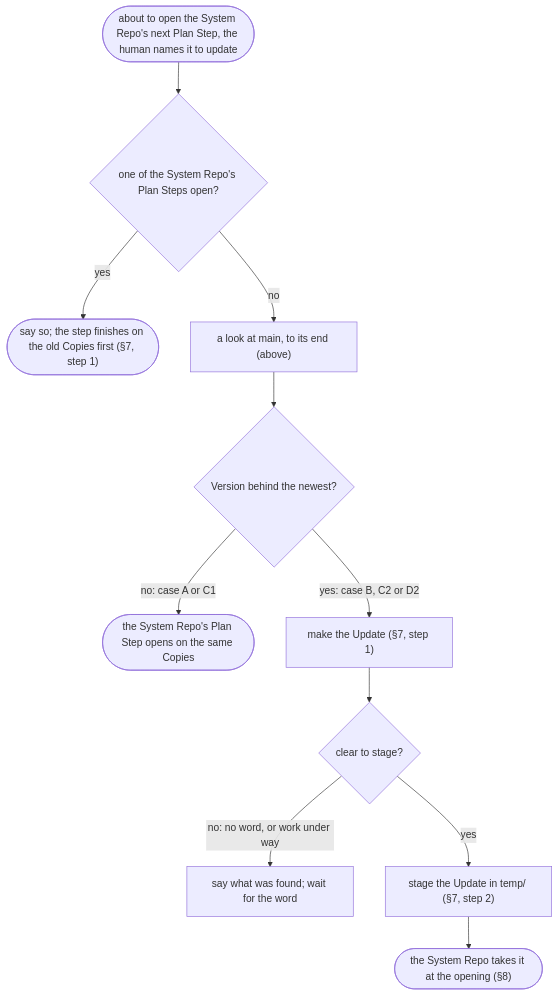
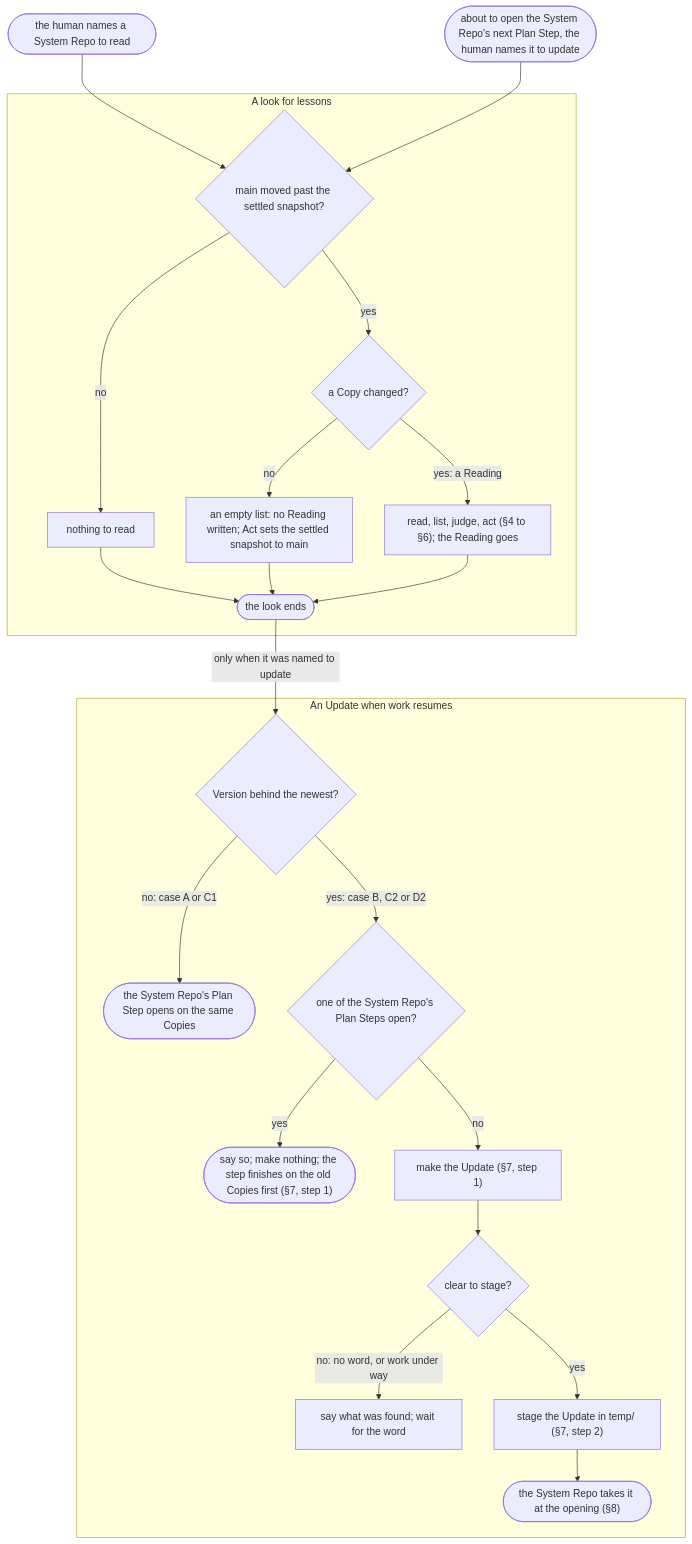
Before and after one commit to edgaras87/correctness-by-construction: the diagram in temp/common-ground/system-repo-change-flow.md, drawn with Mermaid. The commit also changed other lines of this file, not shown here.

Commit message:
docs: temp's flow draws its two jobs as one chart
One chart now holds both jobs, each in its own box: a look for
lessons, and an Update when work resumes. The look's end goes on
into the Update box only when the human named the System Repo to
update. The open-step check sits just before the Update is made,
as the simulation now orders it.

Settled by a visual comparison. The reader must get: the update job
enters the look at its start; it goes on from "the look ends"; main
is checked once; each job has its own start; no check is drawn that
the simulation lacks. Candidates and why they lost:
- one box, "a look at main (above)": no exit from "the look ends";
- that box with a sentence in the intro: true only in words;
- chart 1 as a closed box inside chart 2: holds all five, but keeps
  two charts where one shows the link itself;
- one chart with a "named to update?" diamond: draws a check the
  simulation lacks, since naming is the start, not a question.
The draft was never committed; this body is its record.

Refs TODO.md, the item "Define the Change idea"

````diff
--- a/temp/common-ground/system-repo-change-flow.md
+++ b/temp/common-ground/system-repo-change-flow.md
@@ -60,13 +44,27 @@
 ```mermaid
 flowchart TD
-  start(["about to open the System Repo's next Plan Step, the human names it to update"]) --> open{"one of the System Repo's Plan Steps open?"}
-  open -- "yes" --> wait1(["say so; the step finishes on the old Copies first (§7, step 1)"])
-  open -- no --> look["a look at main, to its end (above)"]
-  look --> c3{"Version behind the newest?"}
-  c3 -- "no: case A or C1" --> same(["the System Repo's Plan Step opens on the same Copies"])
-  c3 -- "yes: case B, C2 or D2" --> make["make the Update (§7, step 1)"]
-  make --> ok{"clear to stage?"}
-  ok -- "no: no word, or work under way" --> wait["say what was found; wait for the word"]
-  ok -- yes --> stage["stage the Update in temp/ (§7, step 2)"]
-  stage --> take(["the System Repo takes it at the opening (§8)"])
+  read(["the human names a System Repo to read"]) --> c1
+  upd(["about to open the System Repo's next Plan Step, the human names it to update"]) --> c1
+  subgraph lessons ["A look for lessons"]
+    c1{"main moved past the settled snapshot?"}
+    c1 -- no --> A["nothing to read"]
+    c1 -- yes --> c2{"a Copy changed?"}
+    c2 -- no --> C["an empty list: no Reading written; Act sets the settled snapshot to main"]
+    c2 -- "yes: a Reading" --> D["read, list, judge, act (§4 to §6); the Reading goes"]
+    A --> done(["the look ends"])
+    C --> done
+    D --> done
+  end
+  done -- "only when it was named to update" --> c3
+  subgraph update ["An Update when work resumes"]
+    c3{"Version behind the newest?"}
+    c3 -- "no: case A or C1" --> same(["the System Repo's Plan Step opens on the same Copies"])
+    c3 -- "yes: case B, C2 or D2" --> open{"one of the System Repo's Plan Steps open?"}
+    open -- "yes" --> wait1(["say so; make nothing; the step finishes on the old Copies first (§7, step 1)"])
+    open -- no --> make["make the Update (§7, step 1)"]
+    make --> ok{"clear to stage?"}
+    ok -- "no: no word, or work under way" --> wait["say what was found; wait for the word"]
+    ok -- yes --> stage["stage the Update in temp/ (§7, step 2)"]
+    stage --> take(["the System Repo takes it at the opening (§8)"])
+  end
 ```
````
